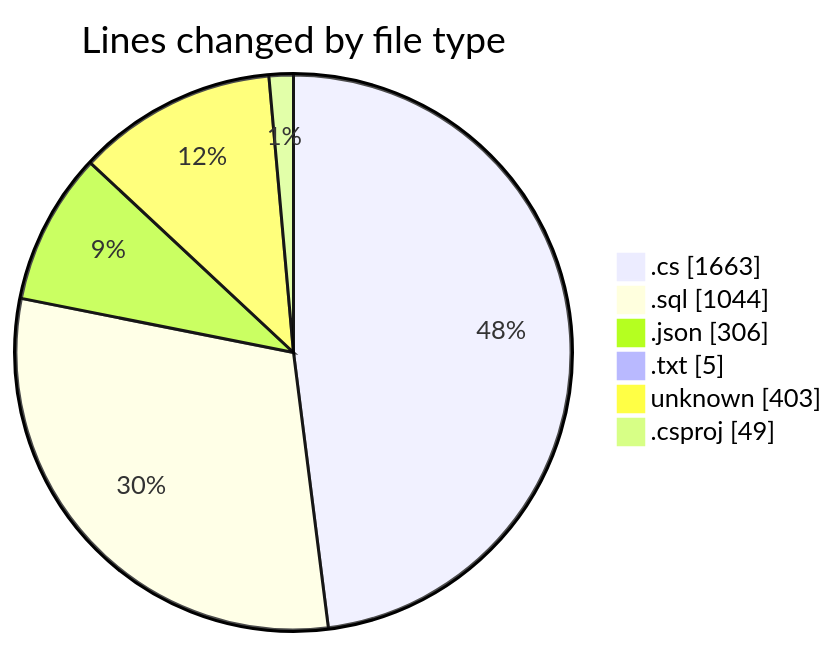
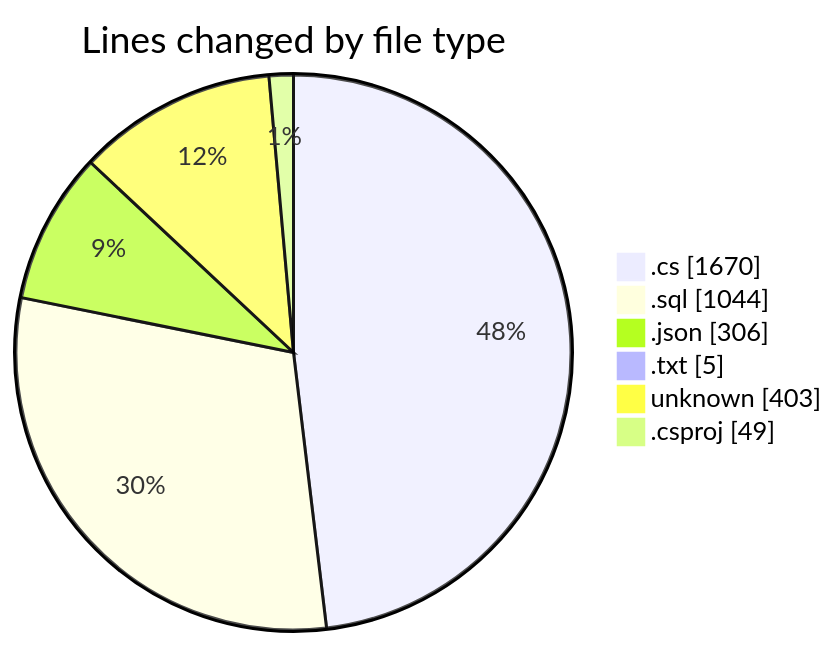
The first of 2 diagrams in 2025-04-04/back-end/README.md (Netris89/code-tracking), drawn with Mermaid before and after one commit. The commit also changed other lines of this file and 1 other file, not shown here.

````diff
--- a/2025-04-04/back-end/README.md
+++ b/2025-04-04/back-end/README.md
@@ -34,10 +34,10 @@
 ```mermaid
 pie showData
 title Lines changed by file type
-".cs" : 1663
+".cs" : 1670
 ".sql" : 1044
 ".json" : 306
 ".txt" : 5
 "unknown" : 403
 ".csproj" : 49
 ```
````
